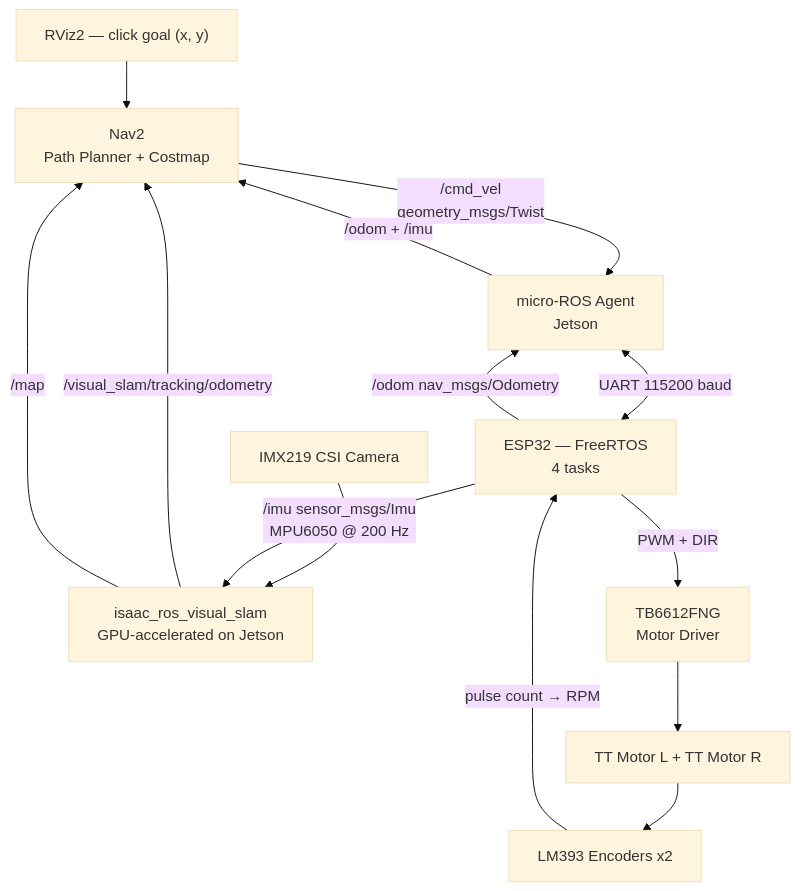
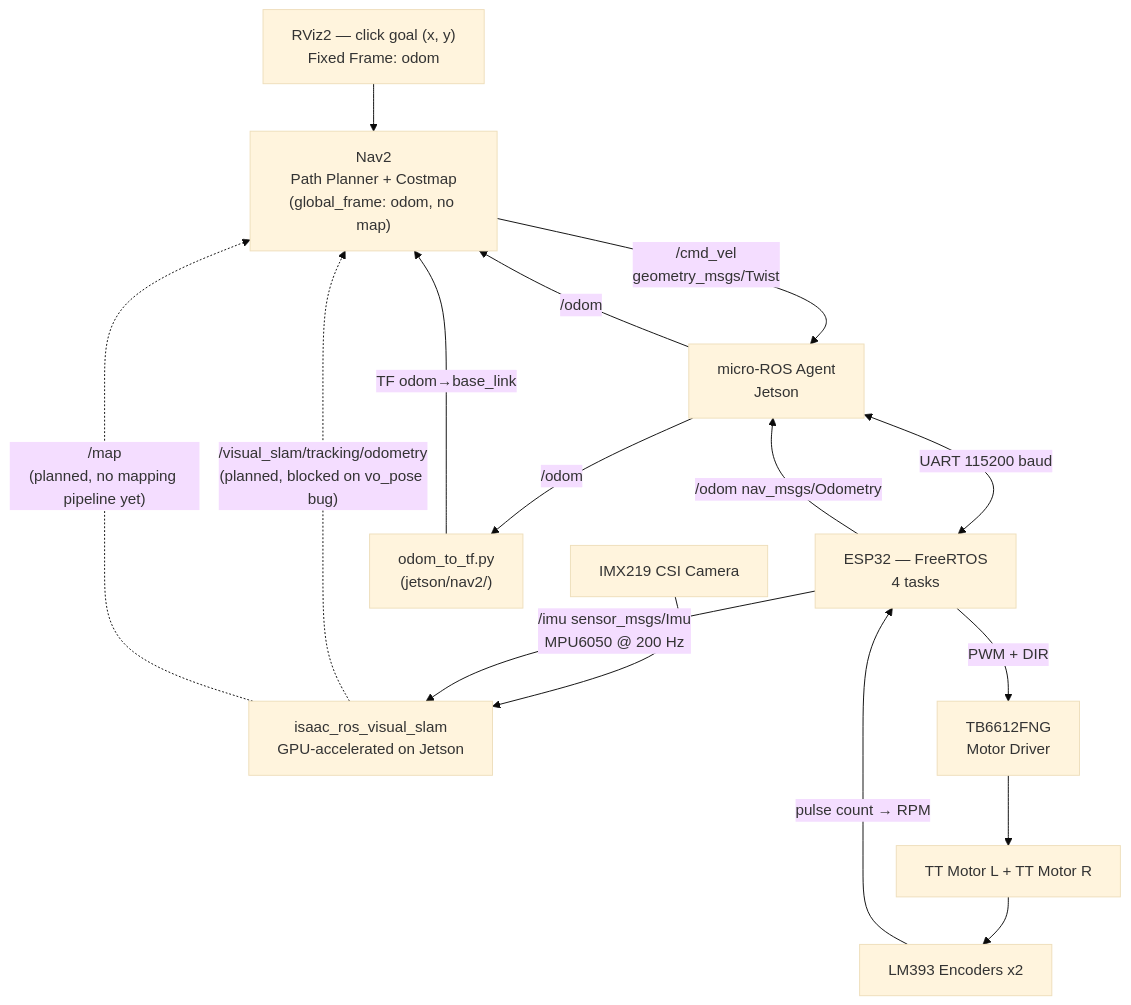
Before and after one commit to ChuoiUhuhu0727/slam-amr: the diagram in README.md, drawn with Mermaid (base theme). The commit also changed other lines of this file, not shown here.

First line of the commit message:
Bring README up to date with Nav2 MVP and current motor power setup

````diff
--- a/README.md
+++ b/README.md
@@ -107,16 +110,18 @@
 ```mermaid
 flowchart TD
-    A["RViz2 — click goal (x, y)"] --> B["Nav2\nPath Planner + Costmap"]
+    A["RViz2 — click goal (x, y)\nFixed Frame: odom"] --> B["Nav2\nPath Planner + Costmap\n(global_frame: odom, no map)"]
     C["IMX219 CSI Camera"] --> D["isaac_ros_visual_slam\nGPU-accelerated on Jetson"]
-    D -->|"/visual_slam/tracking/odometry"| B
-    D -->|"/map"| B
+    D -.->|"/visual_slam/tracking/odometry\n(planned, blocked on vo_pose bug)"| B
+    D -.->|"/map\n(planned, no mapping pipeline yet)"| B
     B -->|"/cmd_vel\ngeometry_msgs/Twist"| F["micro-ROS Agent\nJetson"]
     F <-->|"UART 115200 baud"| G["ESP32 — FreeRTOS\n4 tasks"]
     G -->|"PWM + DIR"| H["TB6612FNG\nMotor Driver"]
     H --> I["TT Motor L + TT Motor R"]
     I --> J["LM393 Encoders x2"]
     J -->|"pulse count → RPM"| G
     G -->|"/odom nav_msgs/Odometry"| F
     G -->|"/imu sensor_msgs/Imu\nMPU6050 @ 200 Hz"| D
-    F -->|"/odom + /imu"| B
+    F -->|"/odom"| K["odom_to_tf.py\n(jetson/nav2/)"]
+    K -->|"TF odom→base_link"| B
+    F -->|"/odom"| B
 ```
````
